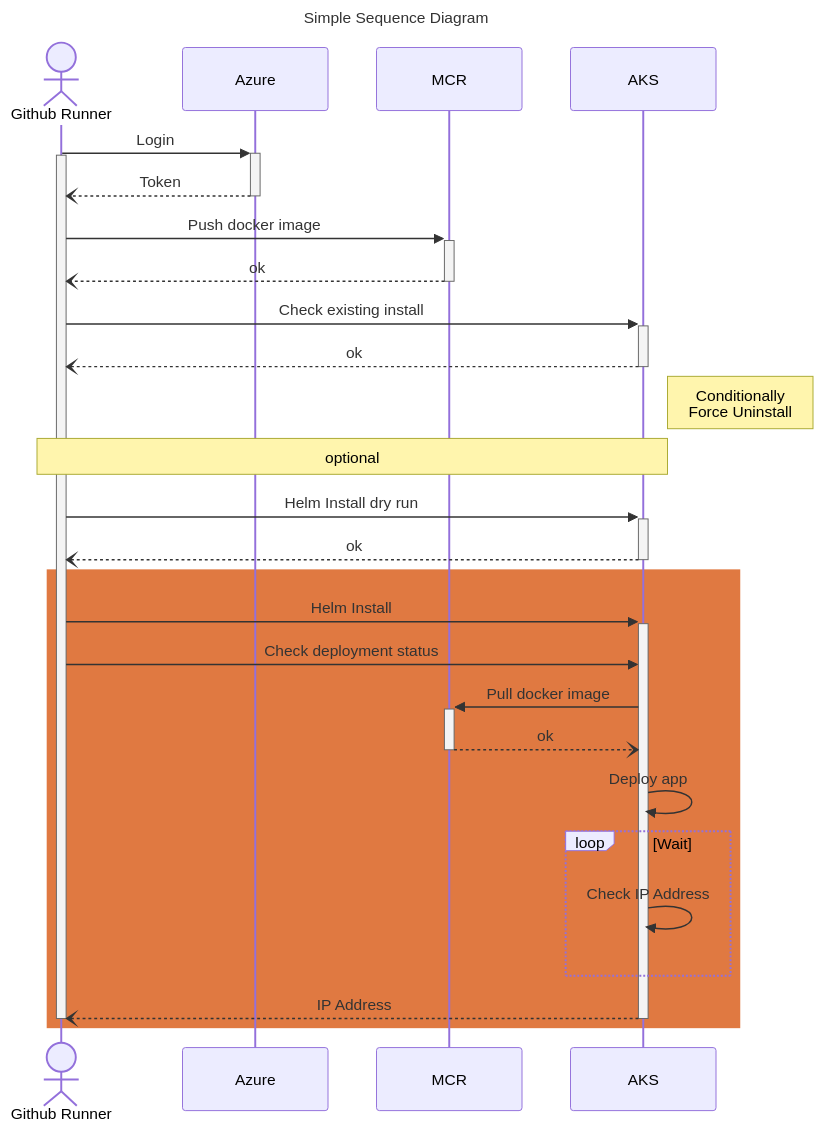
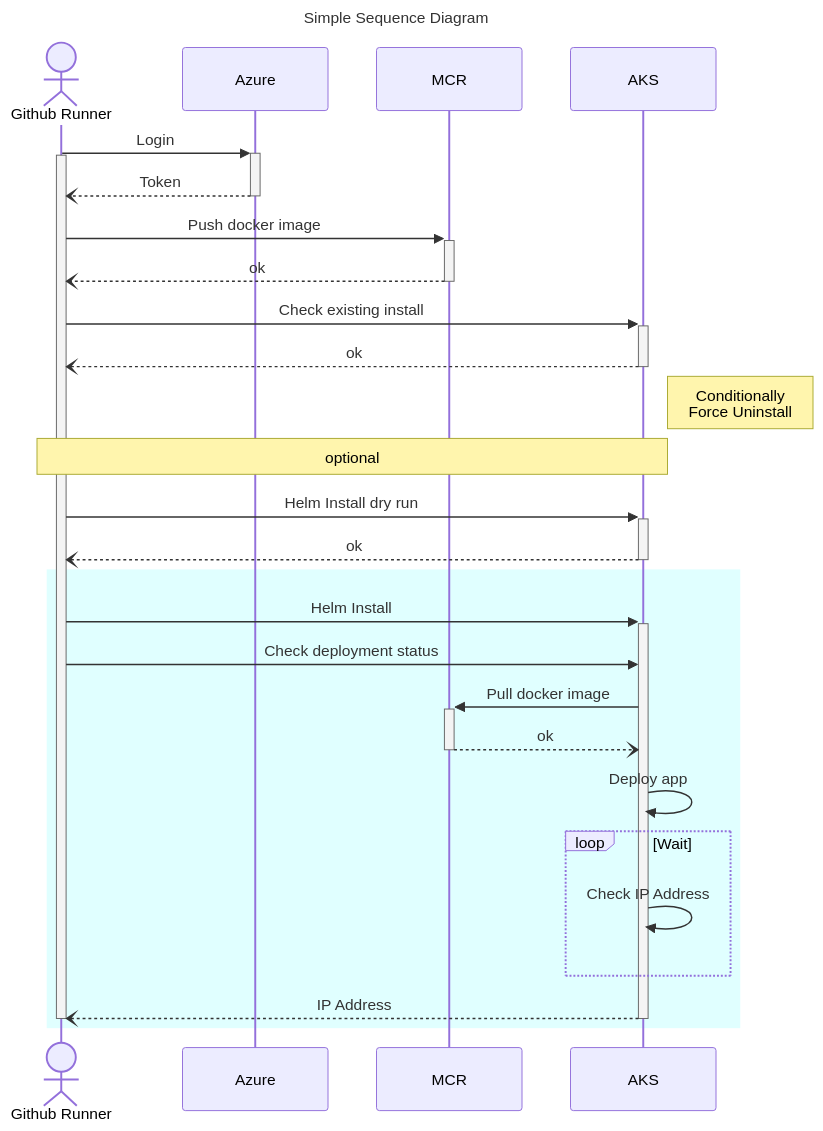
Before and after one commit to cuongnb14/mermaid-builder: the diagram in examples/outputs/sequence_diagram.mmd, drawn with Mermaid. The commit also changed 2 other files, not shown here.

```diff
--- a/examples/outputs/sequence_diagram.mmd
+++ b/examples/outputs/sequence_diagram.mmd
@@ -1,32 +1,32 @@
 ---
 title: Simple Sequence Diagram
 ---
 %%{init: {"theme": "light", "themeVariables": {"fontFamily": "Monospace"}}}%%
 sequenceDiagram
     actor Github Runner
     participant Azure
     participant MCR
     participant AKS
     Github Runner->>+Azure:Login
     activate Github Runner
     Azure--)-Github Runner:Token
     Github Runner->>+MCR:Push docker image
     MCR--)-Github Runner:ok
     Github Runner->>+AKS:Check existing install
     AKS--)-Github Runner:ok
     Note right of AKS: Conditionally<br/>Force Uninstall
     Note over Github Runner, AKS: optional
     Github Runner->>+AKS:Helm Install dry run
     AKS--)-Github Runner:ok
-    rect rgb(224, 121, 65)
+    rect rgb(224, 255, 255)
         Github Runner->>+AKS:Helm Install
         Github Runner->>AKS:Check deployment status
         AKS->>+MCR:Pull docker image
         MCR--)-AKS:ok
         AKS->>AKS:Deploy app
         loop Wait
             AKS->>AKS:Check IP Address
         end
         AKS--)-Github Runner:IP Address
         deactivate Github Runner
     end
```
